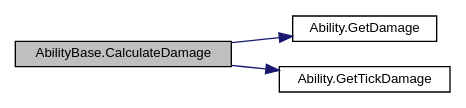
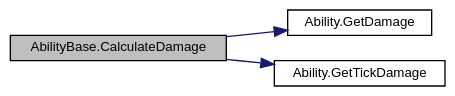
Before and after one commit to AleixFerre/TFG-Docs: the diagram in docs/class_ability_base_a2def910c9621754a4e91d49ab5455af4_cgraph.dot, drawn with Graphviz. The commit also changed 448 other files, not shown here.

```diff
--- a/docs/class_ability_base_a2def910c9621754a4e91d49ab5455af4_cgraph.dot
+++ b/docs/class_ability_base_a2def910c9621754a4e91d49ab5455af4_cgraph.dot
@@ -1,13 +1,14 @@
 digraph "AbilityBase.CalculateDamage"
 {
  // INTERACTIVE_SVG=YES
  // LATEX_PDF_SIZE
+  bgcolor="transparent";
   edge [fontname="Helvetica",fontsize="10",labelfontname="Helvetica",labelfontsize="10"];
   node [fontname="Helvetica",fontsize="10",shape=record];
   rankdir="LR";
   Node1 [label="AbilityBase.CalculateDamage",height=0.2,width=0.4,color="black", fillcolor="grey75", style="filled", fontcolor="black",tooltip="Returns the calculated damage."];
   Node1 -> Node2 [color="midnightblue",fontsize="10",style="solid",fontname="Helvetica"];
-  Node2 [label="Ability.GetDamage",height=0.2,width=0.4,color="black", fillcolor="white", style="filled",URL="$class_ability.html#a004d2ead9a2f144fe5a181fceed114a5",tooltip=" "];
+  Node2 [label="Ability.GetDamage",height=0.2,width=0.4,color="black",URL="$class_ability.html#a004d2ead9a2f144fe5a181fceed114a5",tooltip=" "];
   Node1 -> Node3 [color="midnightblue",fontsize="10",style="solid",fontname="Helvetica"];
-  Node3 [label="Ability.GetTickDamage",height=0.2,width=0.4,color="black", fillcolor="white", style="filled",URL="$class_ability.html#a0c1233ee3cfecfed5c899ed29d0ec4b9",tooltip=" "];
+  Node3 [label="Ability.GetTickDamage",height=0.2,width=0.4,color="black",URL="$class_ability.html#a0c1233ee3cfecfed5c899ed29d0ec4b9",tooltip=" "];
 }
```
